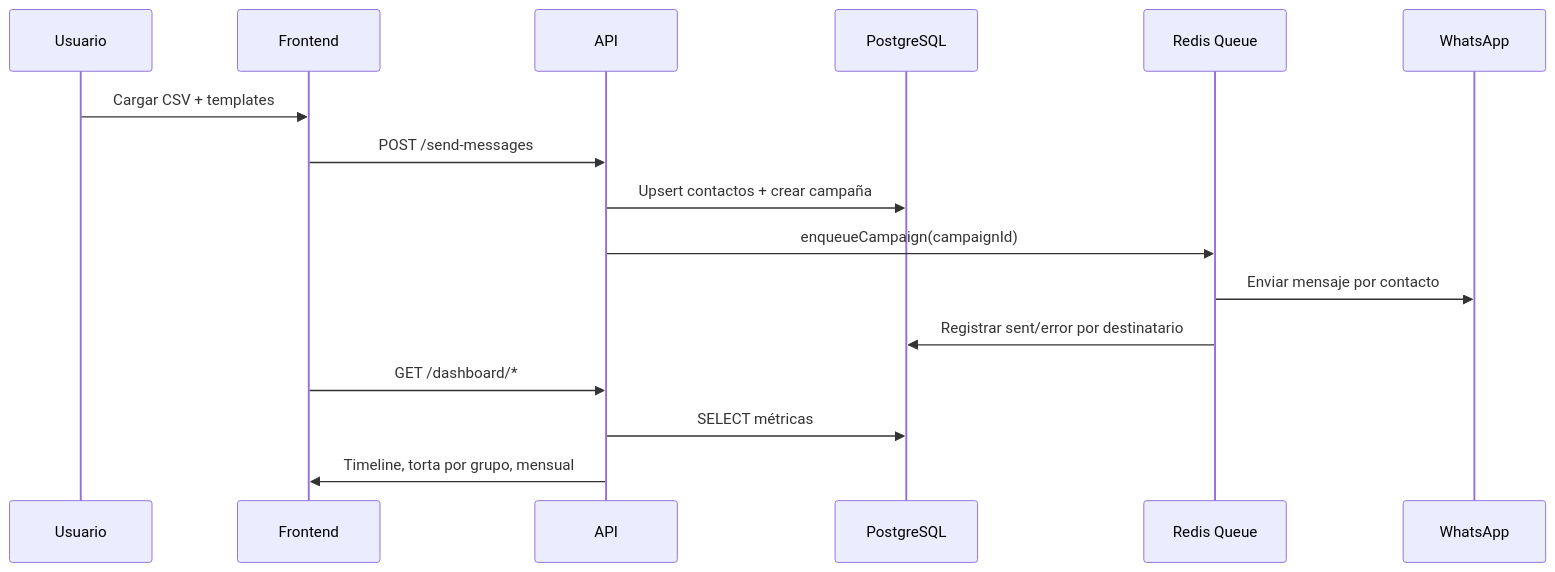
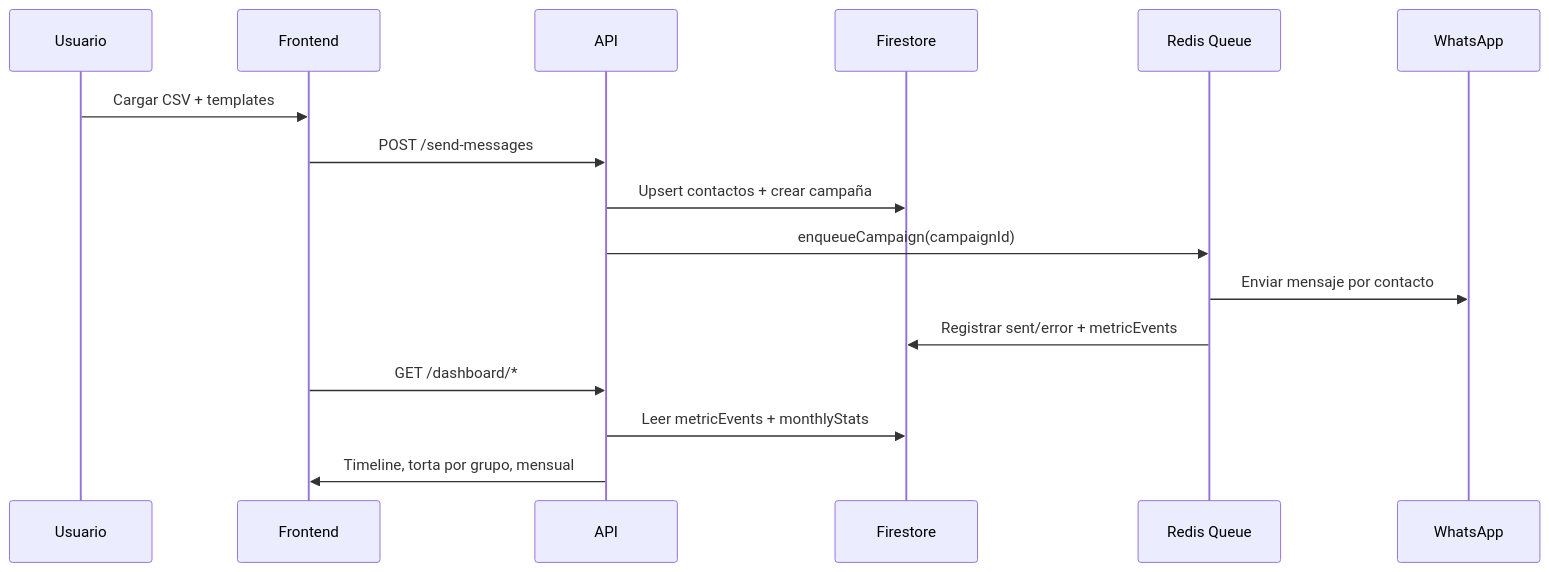
The second of 4 diagrams in README.md (fito422480/message-sender), drawn with Mermaid before and after one commit. The commit also changed other lines of this file and 2 other files, not shown here.

Commit message:
refactor: mejorar la gestión de Firestore para contactos y métricas, optimizando la lectura de datos históricos y el manejo de campañas

````diff
--- a/README.md
+++ b/README.md
@@ -267,19 +325,19 @@
 ```mermaid
 sequenceDiagram
   participant U as Usuario
   participant FE as Frontend
   participant BE as API
-  participant PG as PostgreSQL
+  participant FS as Firestore
   participant RQ as Redis Queue
   participant WA as WhatsApp
 
   U->>FE: Cargar CSV + templates
   FE->>BE: POST /send-messages
-  BE->>PG: Upsert contactos + crear campaña
+  BE->>FS: Upsert contactos + crear campaña
   BE->>RQ: enqueueCampaign(campaignId)
   RQ->>WA: Enviar mensaje por contacto
-  RQ->>PG: Registrar sent/error por destinatario
+  RQ->>FS: Registrar sent/error + metricEvents
   FE->>BE: GET /dashboard/*
-  BE->>PG: SELECT métricas
+  BE->>FS: Leer metricEvents + monthlyStats
   BE->>FE: Timeline, torta por grupo, mensual
 ```
````
